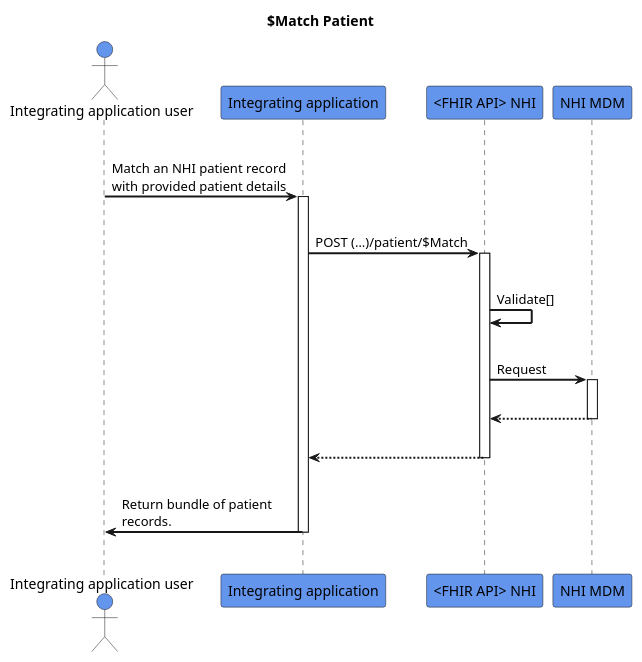
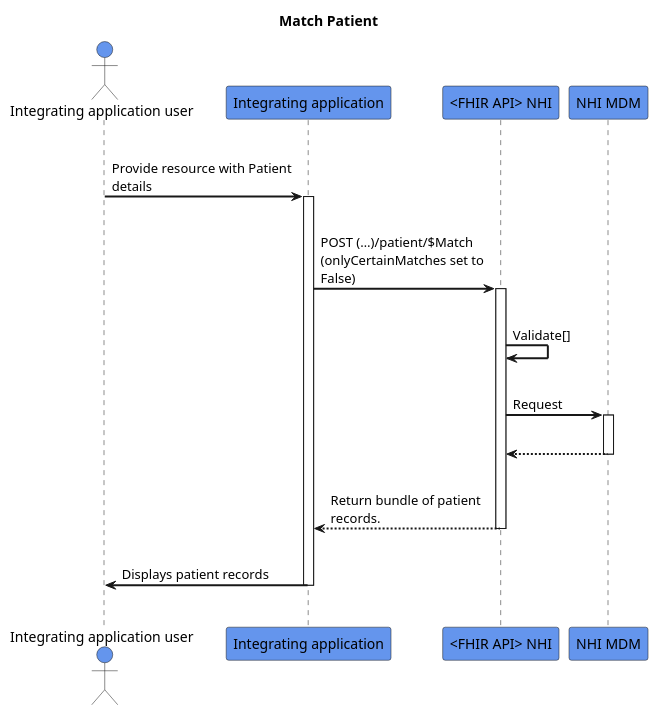
One commit to HL7NZ/nhi changed the diagram in input/images-source/match-patient.plantuml. Above: the diagram before and after it, drawn with PlantUML.

```diff
--- a/input/images-source/match-patient.plantuml
+++ b/input/images-source/match-patient.plantuml
@@ -1,33 +1,33 @@
 @startuml
 skinparam sequenceArrowThickness 2
 skinparam roundcorner 5
 skinparam maxmessagesize 180
 skinparam sequenceParticipant bold
-title $Match Patient
+title Match Patient
 actor "Integrating application user" as User #CornflowerBlue
 participant "Integrating application" as A #CornflowerBlue
 participant "<FHIR API> NHI" as B #CornflowerBlue
 participant "NHI MDM" as C #CornflowerBlue
 |||
-User -> A: Match an NHI patient record with provided patient details
+User -> A: Provide resource with Patient details
 activate A
 |||
-A -> B: POST (…)/patient/$Match
+A -> B: POST (…)/patient/$Match (onlyCertainMatches set to False)
 activate B
 |||
 B -> B: Validate[]
 |||
 B -> C: Request
 activate C
 |||
 
 C -[dashed]-> B:  
 deactivate C
 |||
-B -[dashed]-> A:
+B -[dashed]-> A :Return bundle of patient records.
 deactivate B
 |||
-A -> User: Return bundle of patient records.
+A -> User: Displays patient records
 deactivate A
 |||
 @enduml
```
